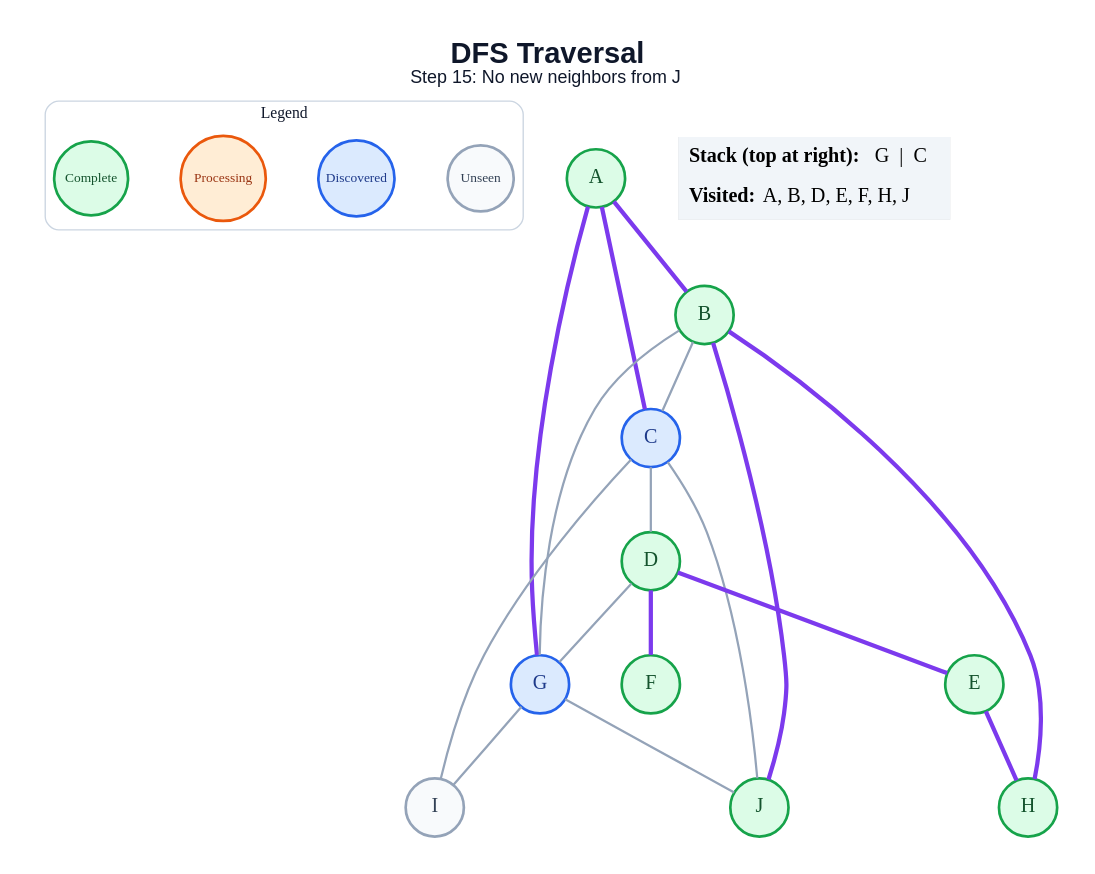
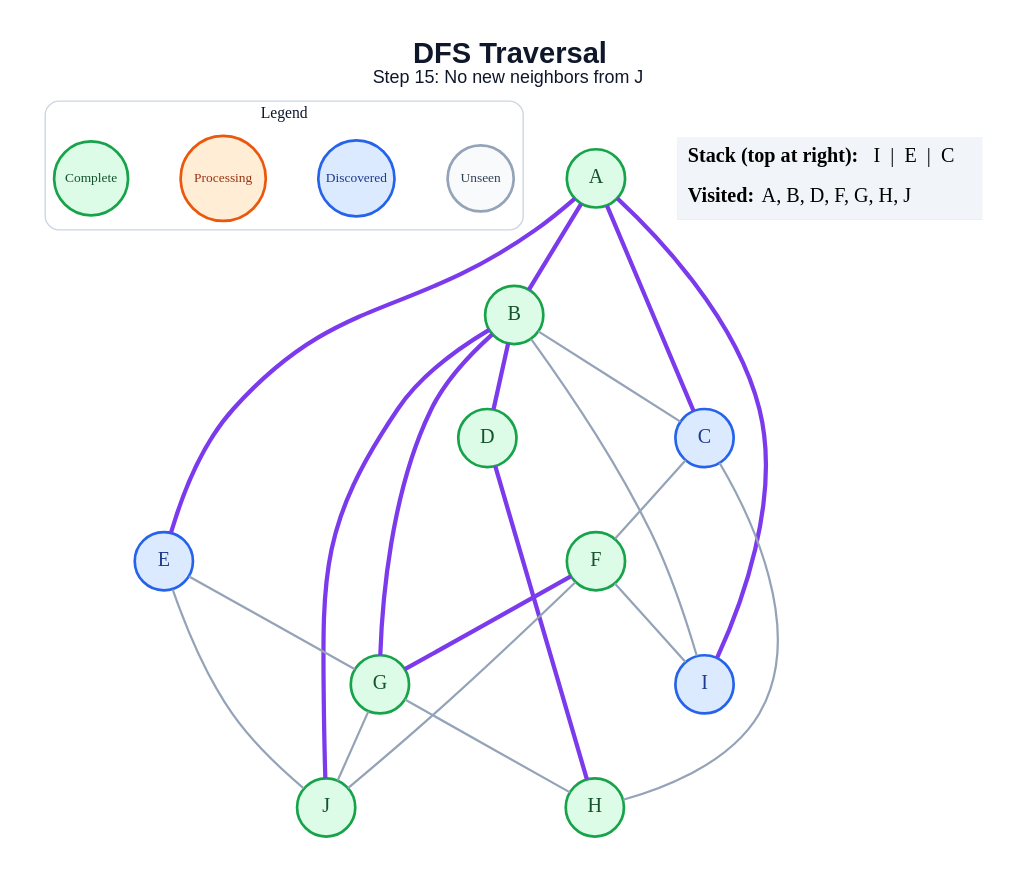
One commit to anon7238593-create/ai-slop changed the diagram in generated/dfs/step_15.dot. Above: the diagram before and after it, drawn with Graphviz. The commit also changed 171 other files, not shown here.

```diff
--- a/generated/dfs/step_15.dot
+++ b/generated/dfs/step_15.dot
@@ -1,45 +1,48 @@
 graph traversal {
   graph [layout=dot, rankdir=TB, bgcolor="#FFFFFF", pad="0.35", nodesep="0.65", ranksep="0.8", fontname="Arial"];
   node [shape=circle, style="filled", fontname="Arial Bold", fontsize=18, width=0.72, fixedsize=true, penwidth=2.4];
   edge [color="#94A3B8", penwidth=2.0];
   label=<<B>DFS Traversal</B><BR/><FONT POINT-SIZE="16">Step 15: No new neighbors from J</FONT>>; labelloc="t"; fontsize=26; fontname="Arial"; fontcolor="#0F172A";
   subgraph cluster_legend { label="Legend"; color="#CBD5E1"; penwidth=1.2; style="rounded"; fontsize=14; fontname="Arial Bold";
     key_unseen [label="Unseen", fillcolor="#F8FAFC", color="#94A3B8", fontcolor="#334155", fontsize=12, width=0.82];
     key_frontier [label="Discovered", fillcolor="#DBEAFE", color="#2563EB", fontcolor="#1E3A8A", fontsize=12, width=0.95];
     key_current [label="Processing", fillcolor="#FFEDD5", color="#EA580C", fontcolor="#9A3412", fontsize=12, width=1.05];
     key_done [label="Complete", fillcolor="#DCFCE7", color="#16A34A", fontcolor="#14532D", fontsize=12, width=0.92];
     { rank=same; key_unseen; key_frontier; key_current; key_done; }
   }
   A [fillcolor="#DCFCE7", color="#16A34A", fontcolor="#14532D"];
   B [fillcolor="#DCFCE7", color="#16A34A", fontcolor="#14532D"];
   C [fillcolor="#DBEAFE", color="#2563EB", fontcolor="#1E3A8A"];
   D [fillcolor="#DCFCE7", color="#16A34A", fontcolor="#14532D"];
-  E [fillcolor="#DCFCE7", color="#16A34A", fontcolor="#14532D"];
+  E [fillcolor="#DBEAFE", color="#2563EB", fontcolor="#1E3A8A"];
   F [fillcolor="#DCFCE7", color="#16A34A", fontcolor="#14532D"];
-  G [fillcolor="#DBEAFE", color="#2563EB", fontcolor="#1E3A8A"];
+  G [fillcolor="#DCFCE7", color="#16A34A", fontcolor="#14532D"];
   H [fillcolor="#DCFCE7", color="#16A34A", fontcolor="#14532D"];
-  I [fillcolor="#F8FAFC", color="#94A3B8", fontcolor="#334155"];
+  I [fillcolor="#DBEAFE", color="#2563EB", fontcolor="#1E3A8A"];
   J [fillcolor="#DCFCE7", color="#16A34A", fontcolor="#14532D"];
   A -- B [color="#7C3AED", penwidth=3.8];
   A -- C [color="#7C3AED", penwidth=3.8];
-  A -- G [color="#7C3AED", penwidth=3.8];
+  A -- E [color="#7C3AED", penwidth=3.8];
+  A -- I [color="#7C3AED", penwidth=3.8];
   B -- C;
-  B -- G;
-  B -- H [color="#7C3AED", penwidth=3.8];
+  B -- D [color="#7C3AED", penwidth=3.8];
+  B -- G [color="#7C3AED", penwidth=3.8];
+  B -- I;
   B -- J [color="#7C3AED", penwidth=3.8];
-  C -- D;
-  C -- I;
-  C -- J;
-  D -- E [color="#7C3AED", penwidth=3.8];
-  D -- F [color="#7C3AED", penwidth=3.8];
-  D -- G;
-  E -- H [color="#7C3AED", penwidth=3.8];
-  G -- I;
+  C -- F;
+  C -- H;
+  D -- H [color="#7C3AED", penwidth=3.8];
+  E -- G;
+  E -- J;
+  F -- G [color="#7C3AED", penwidth=3.8];
+  F -- I;
+  F -- J;
+  G -- H;
   G -- J;
   status [shape=plain, fixedsize=false, width=0, height=0, margin=0, label=<
     <TABLE BORDER="0" CELLBORDER="0" CELLPADDING="7" BGCOLOR="#F1F5F9">
-      <TR><TD ALIGN="LEFT"><B>Stack (top at right):</B> G  |  C</TD></TR>
-      <TR><TD ALIGN="LEFT"><B>Visited:</B> A, B, D, E, F, H, J</TD></TR>
+      <TR><TD ALIGN="LEFT"><B>Stack (top at right):</B> I  |  E  |  C</TD></TR>
+      <TR><TD ALIGN="LEFT"><B>Visited:</B> A, B, D, F, G, H, J</TD></TR>
     </TABLE>
   >];
 }
```
